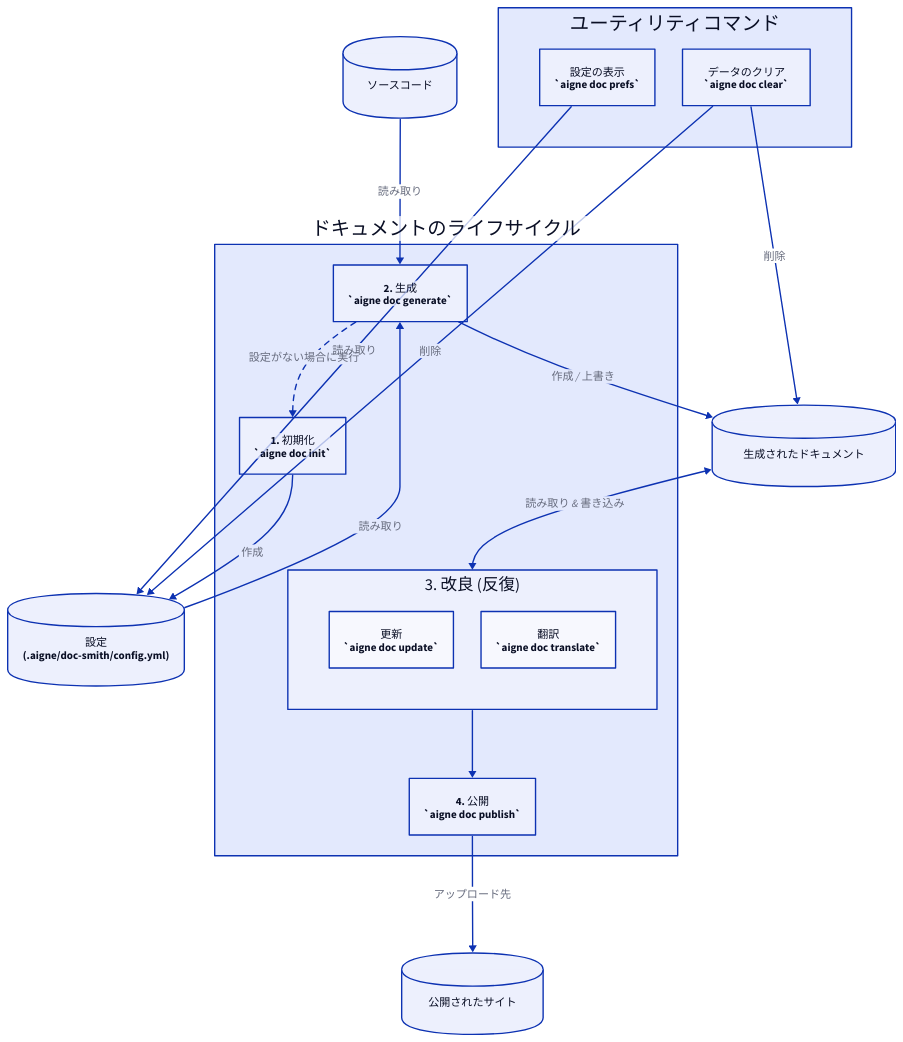
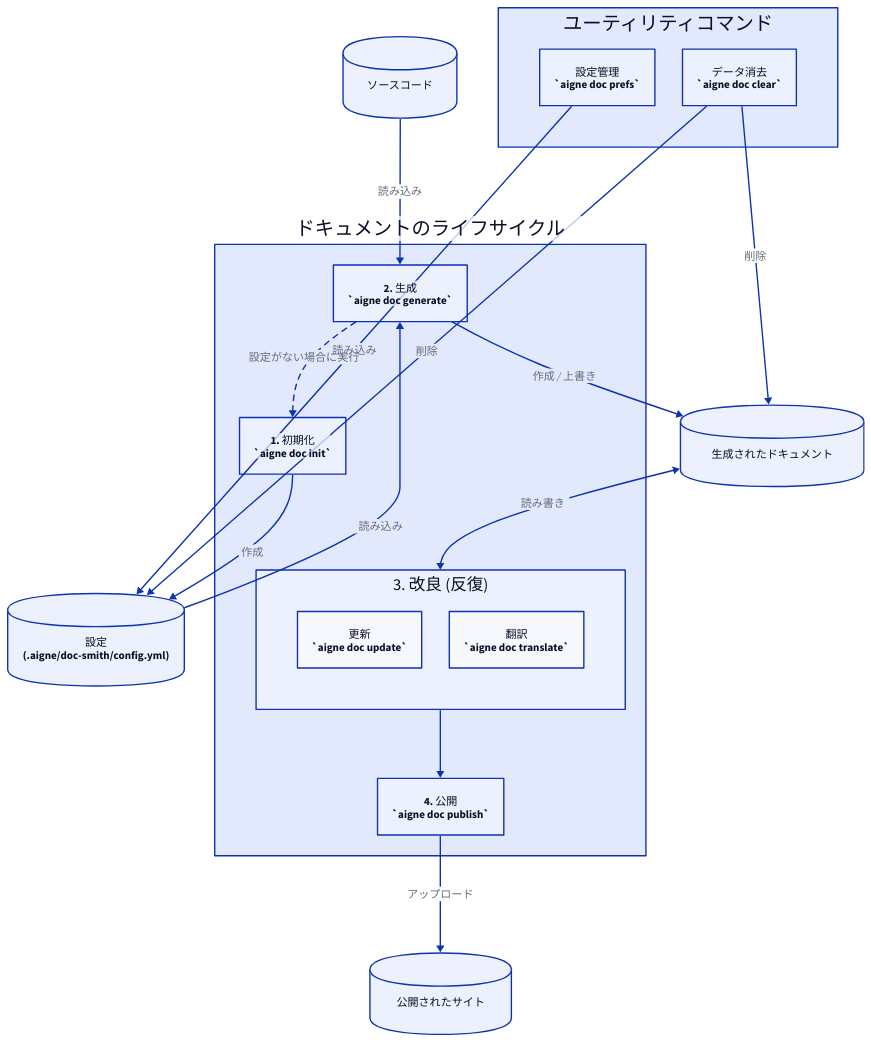
One commit to AIGNE-io/aigne-doc-smith changed the diagram in docs/cli-reference.ja.md. Above: the diagram before and after it, drawn with D2. The commit also changed other lines of this file and 84 other files, not shown here.

````diff
--- a/docs/cli-reference.ja.md
+++ b/docs/cli-reference.ja.md
@@ -73,11 +73,11 @@
   grid-columns: 2
   
   prefs: {
-    label: "設定の表示\n`aigne doc prefs`"
+    label: "設定管理\n`aigne doc prefs`"
     shape: rectangle
   }
   clear: {
-    label: "データのクリア\n`aigne doc clear`"
+    label: "データ消去\n`aigne doc clear`"
     shape: rectangle
   }
 }
@@ -87,8 +87,8 @@
 
 # Setup and Generation
 Lifecycle.init -> Configuration: "作成"
-Source-Code -> Lifecycle.generate: "読み取り"
-Configuration -> Lifecycle.generate: "読み取り"
+Source-Code -> Lifecycle.generate: "読み込み"
+Configuration -> Lifecycle.generate: "読み込み"
 Lifecycle.generate -> Generated-Docs: "作成 / 上書き"
 Lifecycle.generate -> Lifecycle.init: {
   label: "設定がない場合に実行"
@@ -96,14 +96,14 @@
 }
 
 # Refinement Loop
-Generated-Docs <-> Lifecycle.Refinement: "読み取り & 書き込み"
+Generated-Docs <-> Lifecycle.Refinement: "読み書き"
 
 # Publishing
 Lifecycle.Refinement -> Lifecycle.publish
-Lifecycle.publish -> Published-Docs: "アップロード先"
+Lifecycle.publish -> Published-Docs: "アップロード"
 
 # Utility Connections
-Utilities.prefs -> Configuration: "読み取り"
+Utilities.prefs -> Configuration: "読み込み"
 Utilities.clear -> Configuration: "削除"
 Utilities.clear -> Generated-Docs: "削除"
 ```
````
